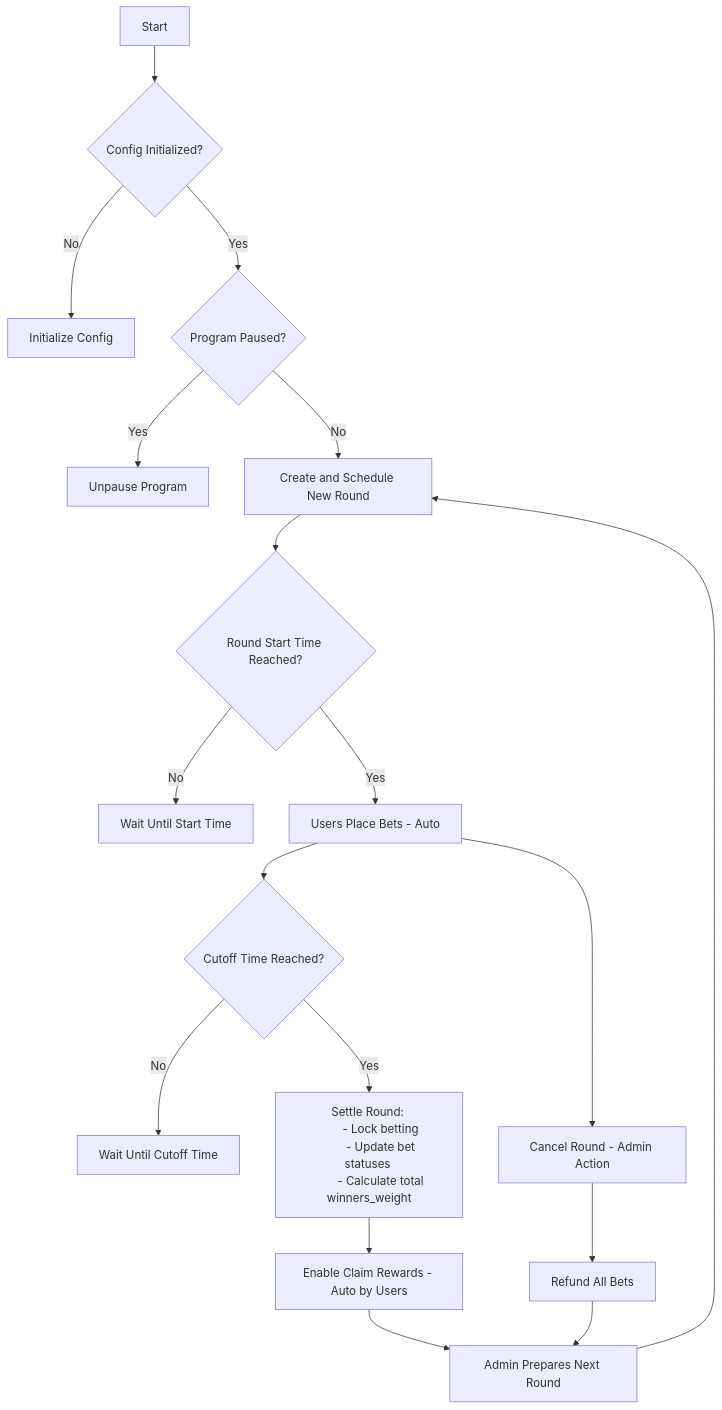
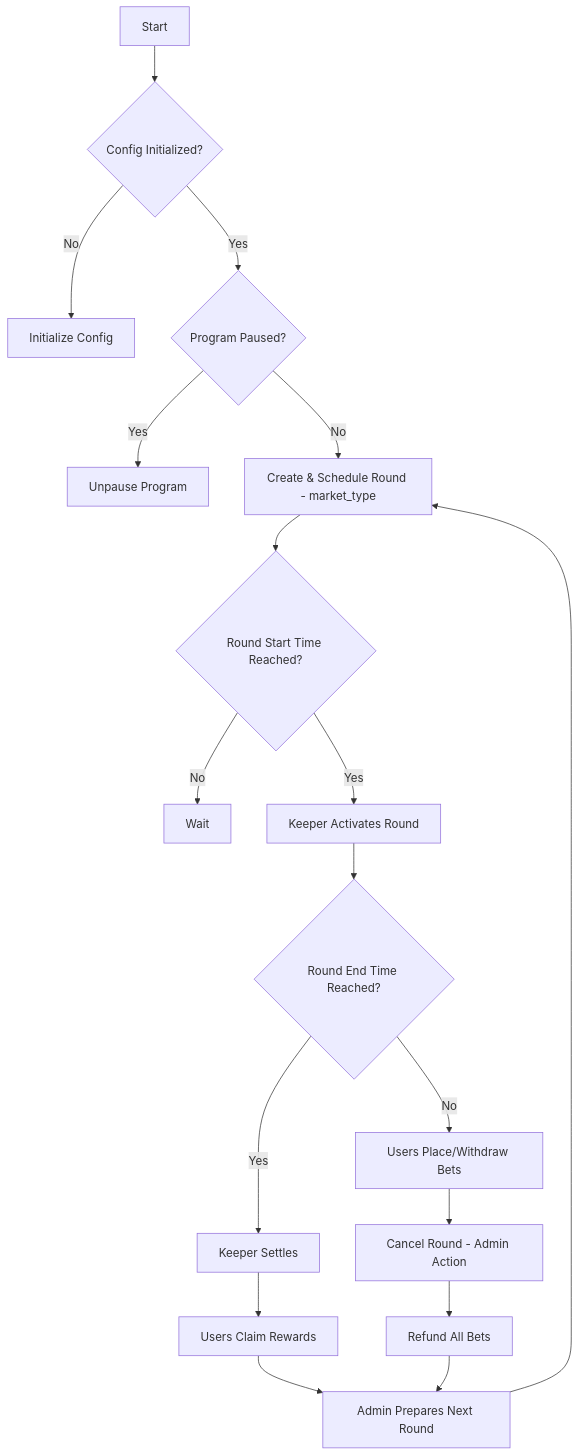
Before and after one commit to muhammad-akbrrr/gold-rush-smartcontract: the second of 7 diagrams in README.md, drawn with Mermaid. The commit also changed other lines of this file, not shown here.

````diff
--- a/README.md
+++ b/README.md
@@ -149,30 +163,26 @@
 ```mermaid
 flowchart TD
     A[Start] --> B{Config Initialized?}
     B -- No --> C[Initialize Config]
     B -- Yes --> D{Program Paused?}
     
     D -- Yes --> E[Unpause Program]
-    D -- No --> F[Create and Schedule New Round]
+    D -- No --> F[Create & Schedule Round - market_type]
     
     F --> G{Round Start Time Reached?}
-    G -- No --> H[Wait Until Start Time]
-    G -- Yes --> I[Users Place Bets - Auto]
+    G -- No --> H[Wait]
+    G -- Yes --> I[Keeper Activates Round]
     
-    I --> J{Cutoff Time Reached?}
-    J -- No --> O[Wait Until Cutoff Time]
-    J -- Yes --> K[Settle Round: 
-        - Lock betting 
-        - Update bet statuses 
-        - Calculate total winners_weight]
+    I --> J{Round End Time Reached?}
+    J -- No --> K[Users Place/Withdraw Bets]
+    J -- Yes --> L[Keeper Settles]
     
-    K --> L[Enable Claim Rewards - Auto by Users]
-    L --> M[Admin Prepares Next Round]
-    M --> F
-
+    L --> M[Users Claim Rewards]
+    M --> N[Admin Prepares Next Round]
+    N --> F
+    
     %% Optional cancel branch
-    I --> X[Cancel Round - Admin Action]
+    K --> X[Cancel Round - Admin Action]
     X --> Y[Refund All Bets]
-    Y --> M
-
+    Y --> N
 ```
````
